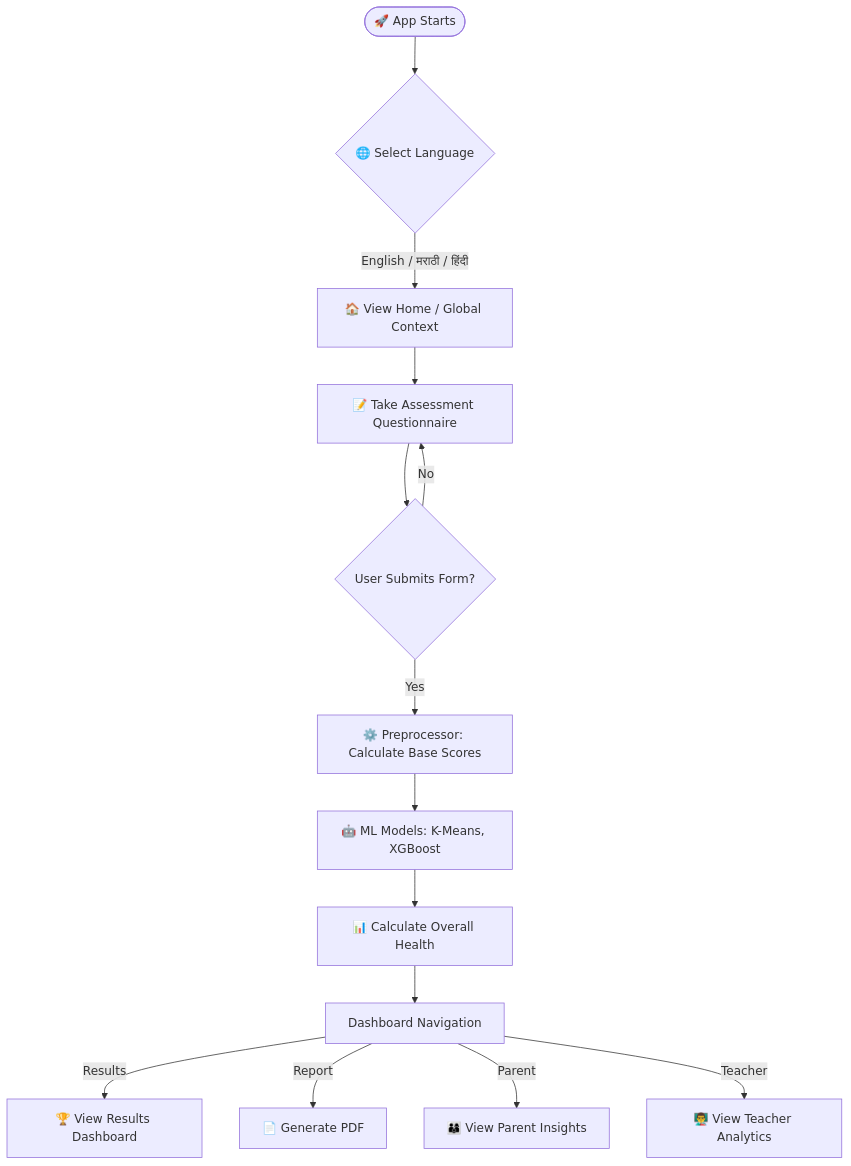
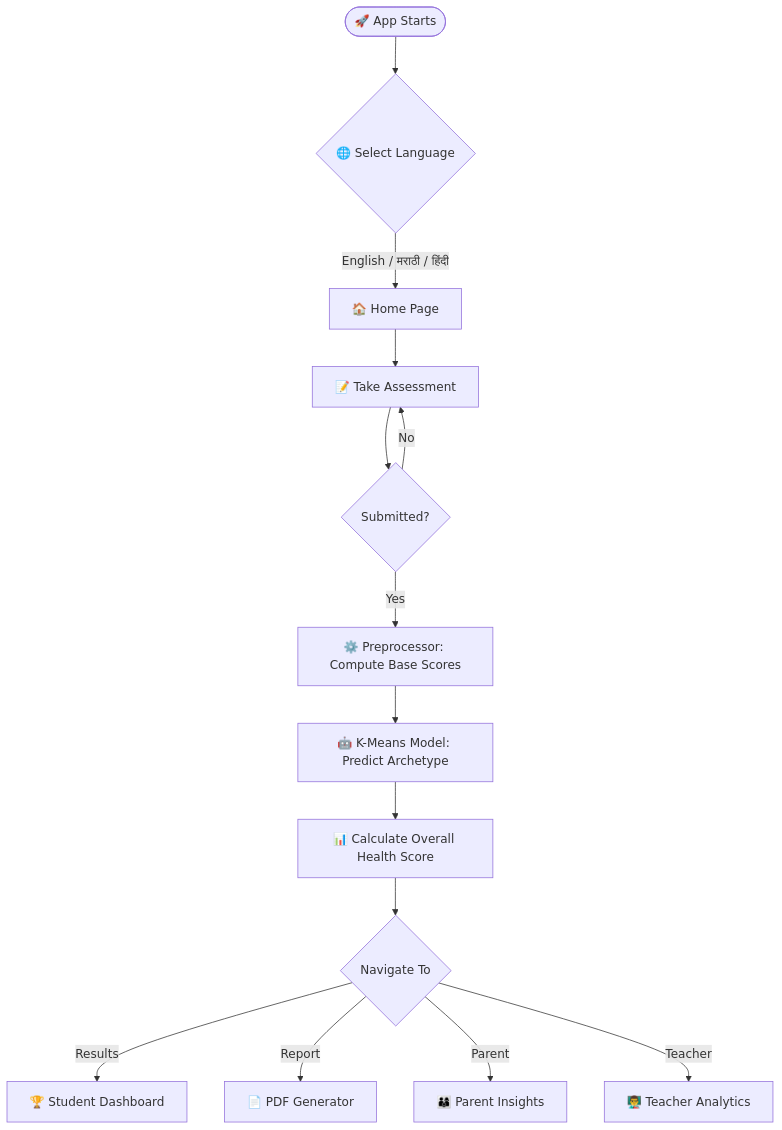
Before and after one commit to Tejas-952007/MindMap: the first of 2 diagrams in README.md, drawn with Mermaid. The commit also changed other lines of this file, not shown here.

````diff
--- a/README.md
+++ b/README.md
@@ -97,19 +177,19 @@
 ```mermaid
 flowchart TD
     A([🚀 App Starts]) --> B{🌐 Select Language}
-    B -->|English / मराठी / हिंदी| C[🏠 View Home / Global Context]
-    C --> D[📝 Take Assessment Questionnaire]
+    B -->|English / मराठी / हिंदी| C[🏠 Home Page]
+    C --> D[📝 Take Assessment]
     
-    D --> E{User Submits Form?}
-    E -->|Yes| F[⚙️ Preprocessor: Calculate Base Scores]
+    D --> E{Submitted?}
+    E -->|Yes| F[⚙️ Preprocessor: Compute Base Scores]
     E -->|No| D
     
-    F --> G[🤖 ML Models: K-Means, XGBoost]
-    G --> H[📊 Calculate Overall Health]
+    F --> G[🤖 K-Means Model: Predict Archetype]
+    G --> H[📊 Calculate Overall Health Score]
     
-    H --> I[Dashboard Navigation]
-    I -->|Results| J[🏆 View Results Dashboard]
-    I -->|Report| K[📄 Generate PDF]
-    I -->|Parent| L[👨‍👩‍👦 View Parent Insights]
-    I -->|Teacher| M[👨‍🏫 View Teacher Analytics]
+    H --> I{Navigate To}
+    I -->|Results| J[🏆 Student Dashboard]
+    I -->|Report| K[📄 PDF Generator]
+    I -->|Parent| L[👨‍👩‍👦 Parent Insights]
+    I -->|Teacher| M[👨‍🏫 Teacher Analytics]
 ```
````
